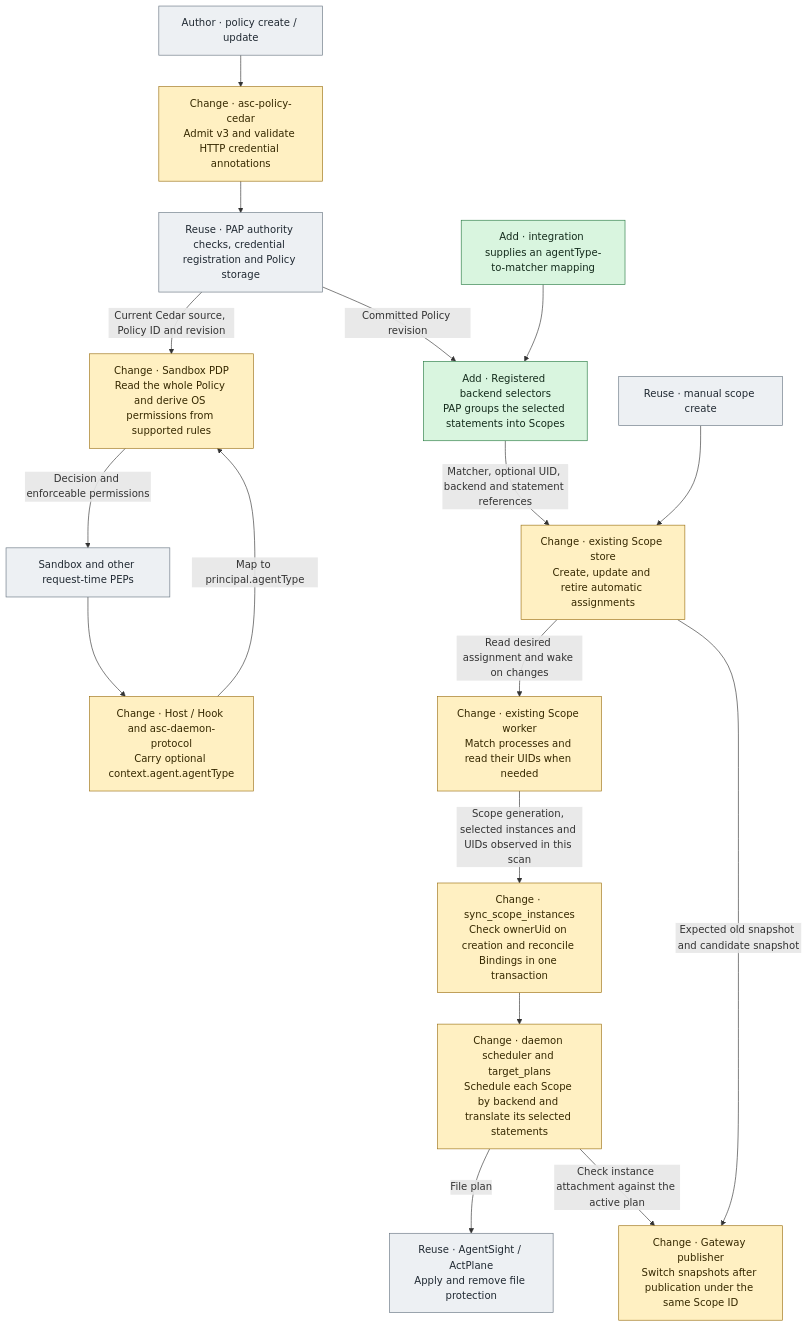
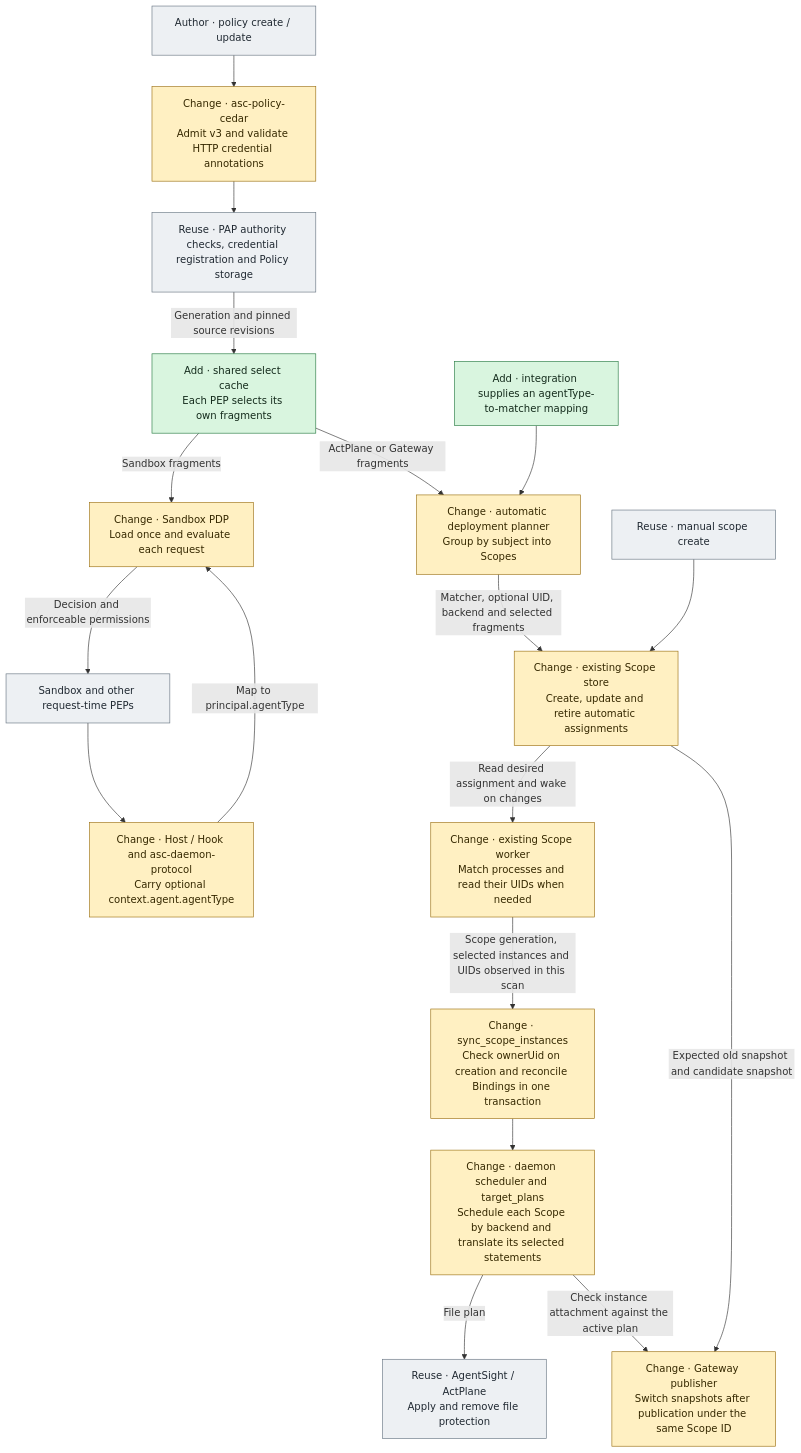
Before and after one commit to agentic-os-org/ANOLISA: the diagram in src/agent-sec-core/docs/design/CEDAR_PRINCIPAL_POLICY_DEPLOYMENT.md, drawn with Mermaid. The commit also changed other lines of this file and 45 other files, not shown here.

First line of the commit message:
feat(sec-core): select Cedar fragments per PEP

````diff
--- a/src/agent-sec-core/docs/design/CEDAR_PRINCIPAL_POLICY_DEPLOYMENT.md
+++ b/src/agent-sec-core/docs/design/CEDAR_PRINCIPAL_POLICY_DEPLOYMENT.md
@@ -76,25 +78,26 @@
 ```mermaid
 flowchart TB
     U["Author · policy create / update"] --> V["Change · asc-policy-cedar<br/>Admit v3 and validate HTTP credential annotations"]
     V --> P["Reuse · PAP authority checks, credential registration and Policy storage"]
-    P -->|"Current Cedar source, Policy ID and revision"| D["Change · Sandbox PDP<br/>Read the whole Policy and derive OS permissions from supported rules"]
+    P -->|"Generation and pinned source revisions"| K["Add · shared select cache<br/>Each PEP selects its own fragments"]
+    K -->|"Sandbox fragments"| D["Change · Sandbox PDP<br/>Load once and evaluate each request"]
     S["Sandbox and other request-time PEPs"] --> T["Change · Host / Hook and asc-daemon-protocol<br/>Carry optional context.agent.agentType"]
     T -->|"Map to principal.agentType"| D
     D -->|"Decision and enforceable permissions"| S
-    P -->|"Committed Policy revision"| L["Add · Registered backend selectors<br/>PAP groups the selected statements into Scopes"]
+    K -->|"ActPlane or Gateway fragments"| L["Change · automatic deployment planner<br/>Group by subject into Scopes"]
     M["Add · integration supplies an agentType-to-matcher mapping"] --> L
-    L -->|"Matcher, optional UID, backend and statement references"| A["Change · existing Scope store<br/>Create, update and retire automatic assignments"]
+    L -->|"Matcher, optional UID, backend and selected fragments"| A["Change · existing Scope store<br/>Create, update and retire automatic assignments"]
     H["Reuse · manual scope create"] --> A
     A -->|"Read desired assignment and wake on changes"| F["Change · existing Scope worker<br/>Match processes and read their UIDs when needed"]
     F -->|"Scope generation, selected instances and UIDs observed in this scan"| B["Change · sync_scope_instances<br/>Check ownerUid on creation and reconcile Bindings in one transaction"]
     B --> C["Change · daemon scheduler and target_plans<br/>Schedule each Scope by backend and translate its selected statements"]
     C -->|"File plan"| X["Reuse · AgentSight / ActPlane<br/>Apply and remove file protection"]
     A -->|"Expected old snapshot and candidate snapshot"| G["Change · Gateway publisher<br/>Switch snapshots after publication under the same Scope ID"]
     C -->|"Check instance attachment against the active plan"| G
     classDef added fill:#d9f5df,stroke:#287b43,color:#142b1c
     classDef changed fill:#fff0c2,stroke:#9b7012,color:#352800
     classDef reused fill:#edf0f3,stroke:#687582,color:#202932
-    class L,M added
-    class V,D,T,A,F,B,C,G changed
+    class K,M added
+    class V,D,T,L,A,F,B,C,G changed
     class U,P,S,H,X reused
 ```
````
